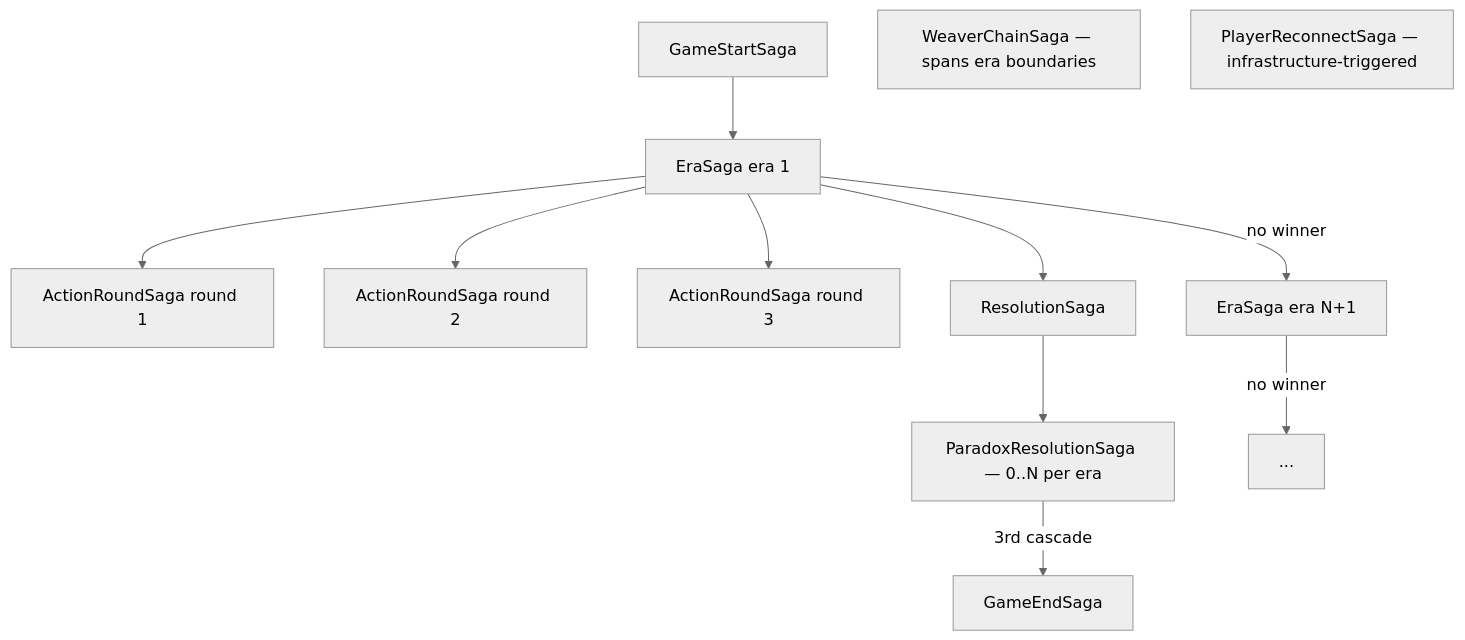
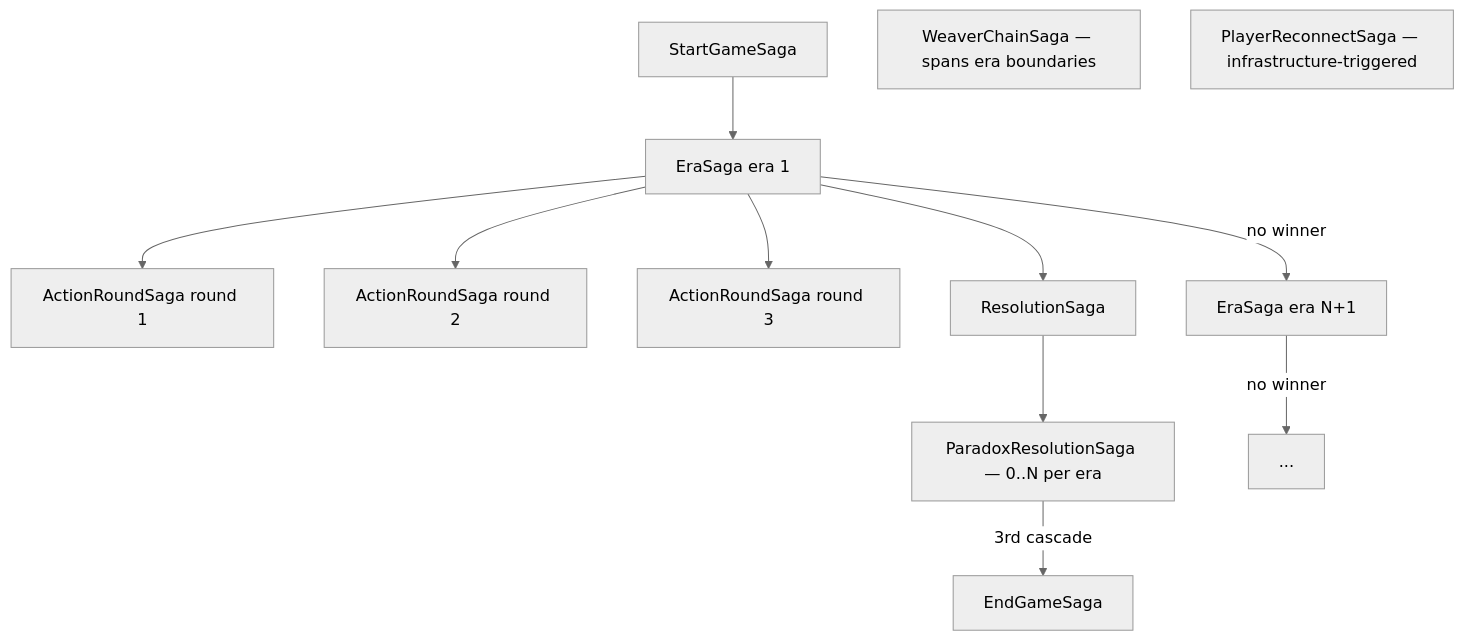
One commit to temporal-rift/docs changed the diagram in sagas/overview.mdx. Above: the diagram before and after it, drawn with Mermaid (neutral theme). The commit also changed other lines of this file and 16 other files, not shown here.

````diff
--- a/sagas/overview.mdx
+++ b/sagas/overview.mdx
@@ -37,15 +37,15 @@
 ```mermaid
 graph TD
-  GS[GameStartSaga] --> E1[EraSaga era 1]
+  GS[StartGameSaga] --> E1[EraSaga era 1]
   E1 --> AR1[ActionRoundSaga round 1]
   E1 --> AR2[ActionRoundSaga round 2]
   E1 --> AR3[ActionRoundSaga round 3]
   E1 --> RS[ResolutionSaga]
   RS --> PR[ParadoxResolutionSaga — 0..N per era]
-  PR -->|3rd cascade| GE[GameEndSaga]
+  PR -->|3rd cascade| GE[EndGameSaga]
   E1 -->|no winner| E2[EraSaga era N+1]
   E2 -->|no winner| EN[...]
 
   WCS[WeaverChainSaga — spans era boundaries]
   PRS[PlayerReconnectSaga — infrastructure-triggered]
 ```
````
